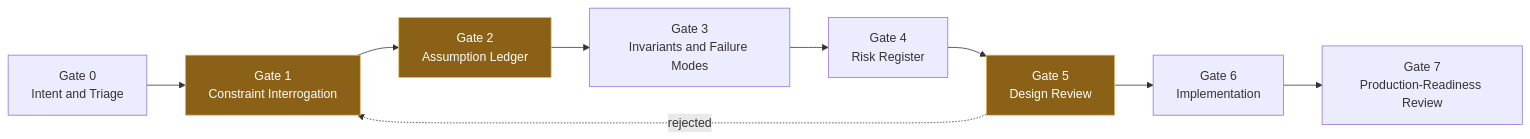
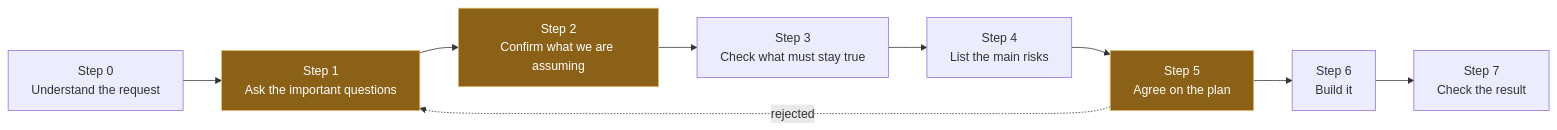
Before and after one commit to anantbhandarkar/make-it-right: the second of 7 diagrams in README.md, drawn with Mermaid. The commit also changed other lines of this file and 2 other files, not shown here.

````diff
--- a/README.md
+++ b/README.md
@@ -46,23 +77,23 @@
 ```mermaid
 flowchart LR
-    accTitle: The eight gates
-    accDescr: The eight Make It Right gates in order from Gate 0 Intent to Gate 7 Production-Readiness, with Gates 1, 2 and 5 marked as stopping for the user, and a rejected design review returning from Gate 5 to Gate 1
-    g0["Gate 0<br/>Intent and Triage"]
-    g1["Gate 1<br/>Constraint Interrogation"]
-    g2["Gate 2<br/>Assumption Ledger"]
-    g3["Gate 3<br/>Invariants and Failure Modes"]
-    g4["Gate 4<br/>Risk Register"]
-    g5["Gate 5<br/>Design Review"]
-    g6["Gate 6<br/>Implementation"]
-    g7["Gate 7<br/>Production-Readiness Review"]
+    accTitle: The eight steps
+    accDescr: The eight Make It Right steps from understanding the request to checking the result, with Steps 1, 2 and 5 pausing for the user, and a rejected plan returning to Step 1
+    g0["Step 0<br/>Understand the request"]
+    g1["Step 1<br/>Ask the important questions"]
+    g2["Step 2<br/>Confirm what we are assuming"]
+    g3["Step 3<br/>Check what must stay true"]
+    g4["Step 4<br/>List the main risks"]
+    g5["Step 5<br/>Agree on the plan"]
+    g6["Step 6<br/>Build it"]
+    g7["Step 7<br/>Check the result"]
     g0 --> g1
     g1 --> g2
     g2 --> g3
     g3 --> g4
     g4 --> g5
     g5 --> g6
     g6 --> g7
     g5 -.->|rejected| g1
-    classDef usergate fill:#8a6116,stroke:#e3bd6b,color:#ffffff
-    class g1,g2,g5 usergate
+    classDef pause fill:#8a6116,stroke:#e3bd6b,color:#ffffff
+    class g1,g2,g5 pause
 ```
````
